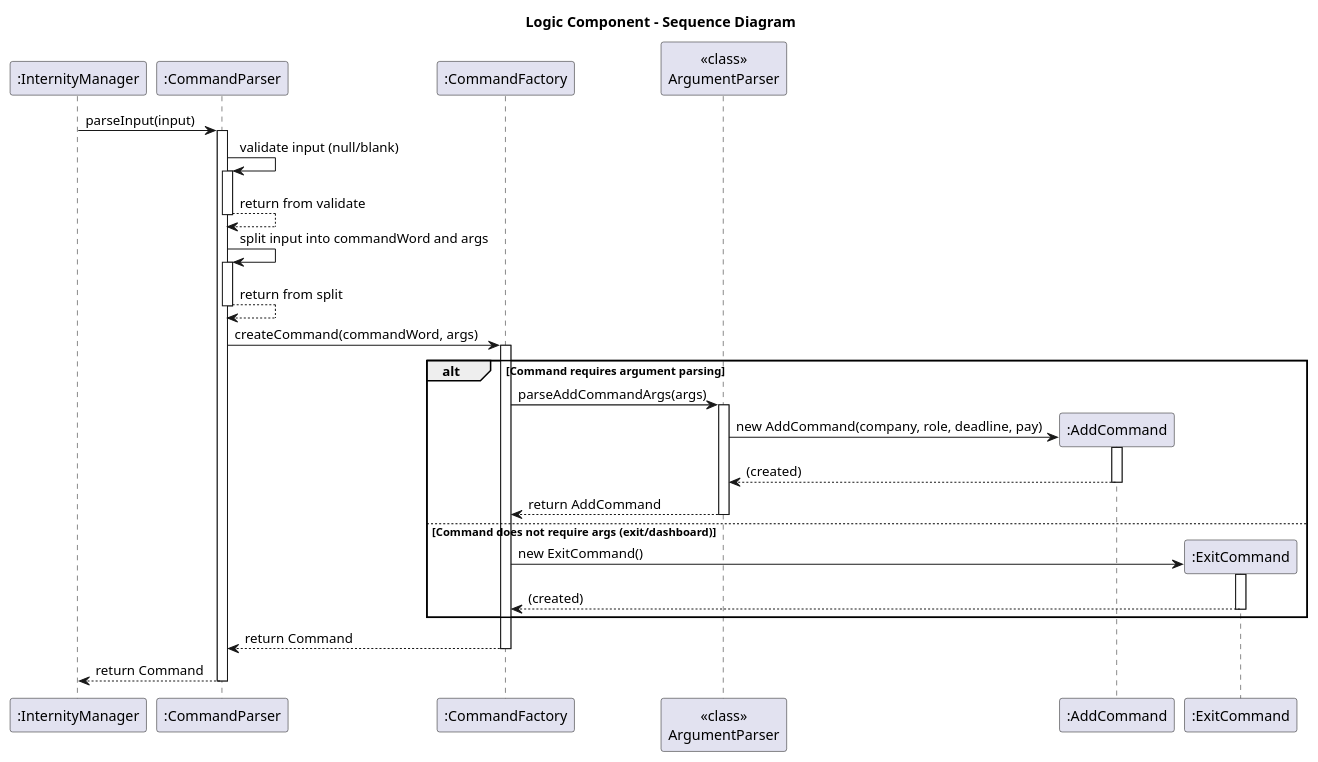
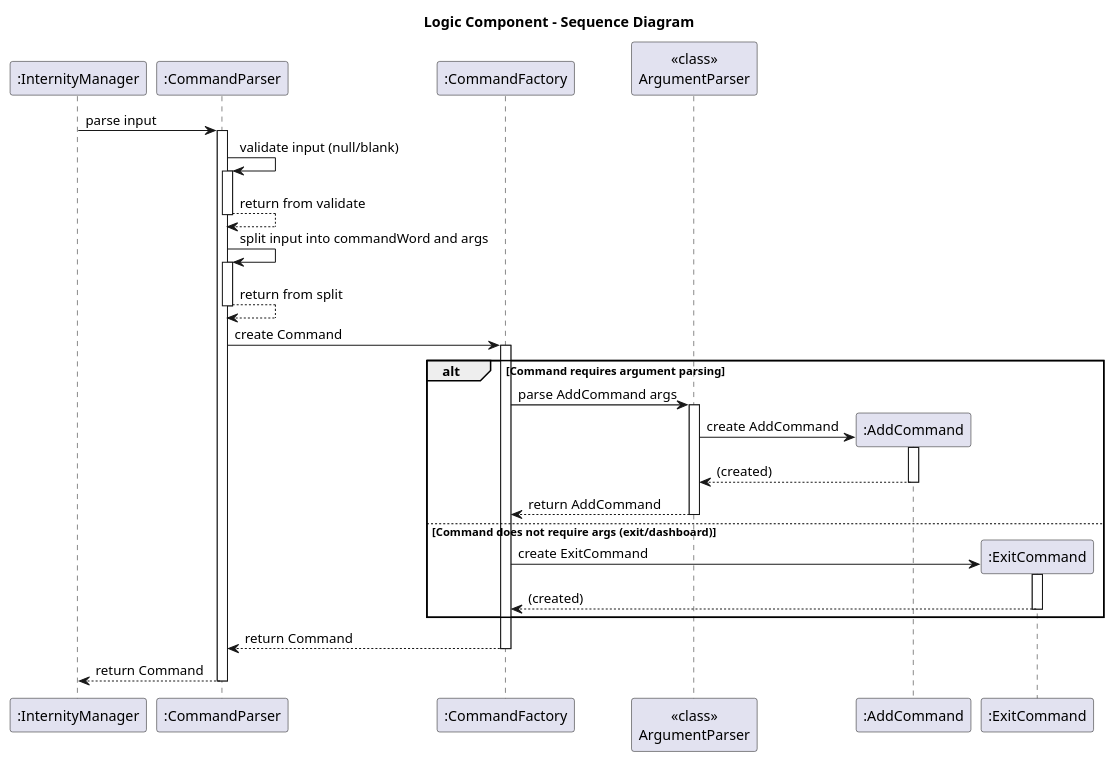
The diagram in docs/diagrams/LogicComponentSD.puml (AY2526S1-CS2113-W14-4/tp), drawn with PlantUML before and after one commit. The commit also changed 4 other files, not shown here.

Commit message:
Update diagrams

```diff
--- a/docs/diagrams/LogicComponentSD.puml
+++ b/docs/diagrams/LogicComponentSD.puml
@@ -1,52 +1,52 @@
 @startuml
 title Logic Component - Sequence Diagram
 
 participant ":InternityManager" as IM
 participant ":CommandParser" as CP
 participant ":CommandFactory" as CF
 participant "<<class>>\nArgumentParser" as AP
 participant ":AddCommand" as AddC
 participant ":ExitCommand" as ExitC
 
-IM -> CP: parseInput(input)
+IM -> CP: parse input
 activate CP
 
 ' --- validate input ---
 CP -> CP: validate input (null/blank)
 activate CP
 CP --> CP: return from validate
 deactivate CP
 
 ' --- split input ---
 CP -> CP: split input into commandWord and args
 activate CP
 CP --> CP: return from split
 deactivate CP
 
 ' --- create command via factory ---
-CP -> CF: createCommand(commandWord, args)
+CP -> CF: create Command
 activate CF
 
 alt Command requires argument parsing
-    CF -> AP: parseAddCommandArgs(args)
+    CF -> AP: parse AddCommand args
     activate AP
-    AP -> AddC**: new AddCommand(company, role, deadline, pay)
+    AP -> AddC**: create AddCommand
     activate AddC
     return (created)
     deactivate AddC
     AP --> CF: return AddCommand
     deactivate AP
 else Command does not require args (exit/dashboard)
-    CF -> ExitC**: new ExitCommand()
+    CF -> ExitC**: create ExitCommand
     activate ExitC
     return (created)
     deactivate ExitC
 end
 
 CF --> CP: return Command
 deactivate CF
 
 CP --> IM: return Command
 deactivate CP
 
 @enduml
```
